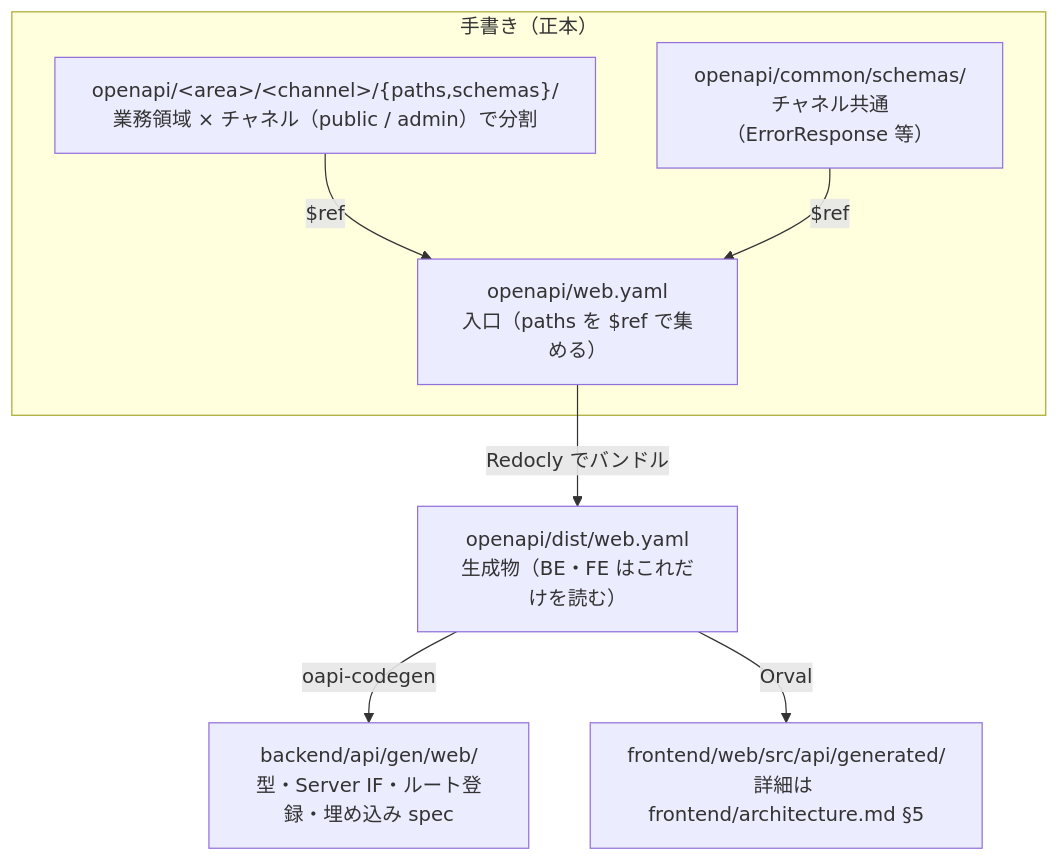
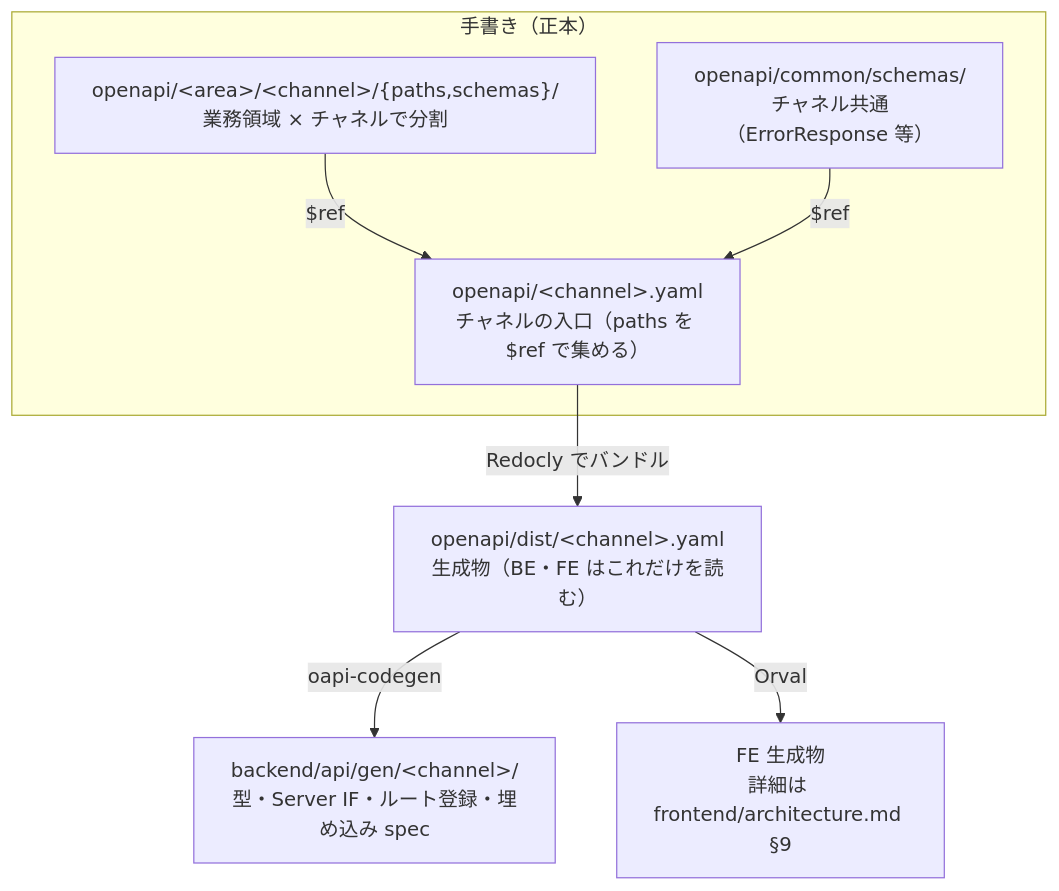
Before and after one commit to mrstsgk/book-management-system: the diagram in docs/architecture.md, drawn with Mermaid. The commit also changed other lines of this file and 4 other files, not shown here.

````diff
--- a/docs/architecture.md
+++ b/docs/architecture.md
@@ -60,13 +64,13 @@
 ```mermaid
 flowchart TD
   subgraph src["手書き（正本）"]
-    S["openapi/#lt;area#gt;/#lt;channel#gt;/{paths,schemas}/<br/>業務領域 × チャネル（public / admin）で分割"]
+    S["openapi/#lt;area#gt;/#lt;channel#gt;/{paths,schemas}/<br/>業務領域 × チャネルで分割"]
     C["openapi/common/schemas/<br/>チャネル共通（ErrorResponse 等）"]
-    E["openapi/web.yaml<br/>入口（paths を $ref で集める）"]
+    E["openapi/#lt;channel#gt;.yaml<br/>チャネルの入口（paths を $ref で集める）"]
   end
   S -->|$ref| E
   C -->|$ref| E
-  E -->|Redocly でバンドル| D["openapi/dist/web.yaml<br/>生成物（BE・FE はこれだけを読む）"]
-  D -->|oapi-codegen| BE["backend/api/gen/web/<br/>型・Server IF・ルート登録・埋め込み spec"]
-  D -->|Orval| FE["frontend/web/src/api/generated/<br/>詳細は frontend/architecture.md §5"]
+  E -->|Redocly でバンドル| D["openapi/dist/#lt;channel#gt;.yaml<br/>生成物（BE・FE はこれだけを読む）"]
+  D -->|oapi-codegen| BE["backend/api/gen/#lt;channel#gt;/<br/>型・Server IF・ルート登録・埋め込み spec"]
+  D -->|Orval| FE["FE 生成物<br/>詳細は frontend/architecture.md §9"]
 ```
````
